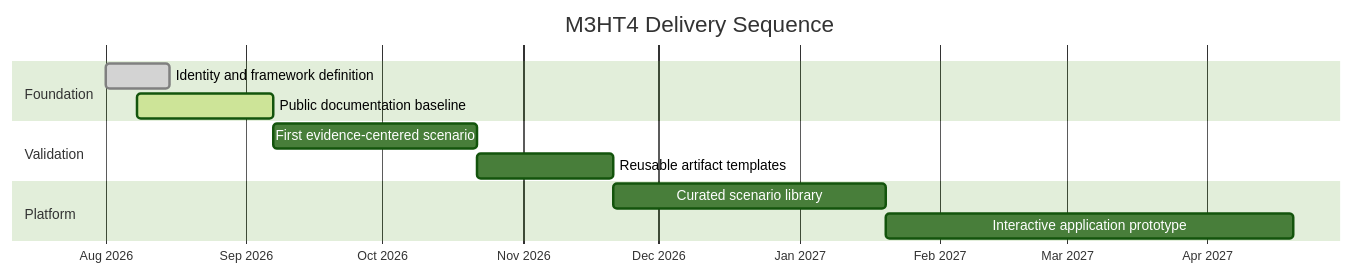
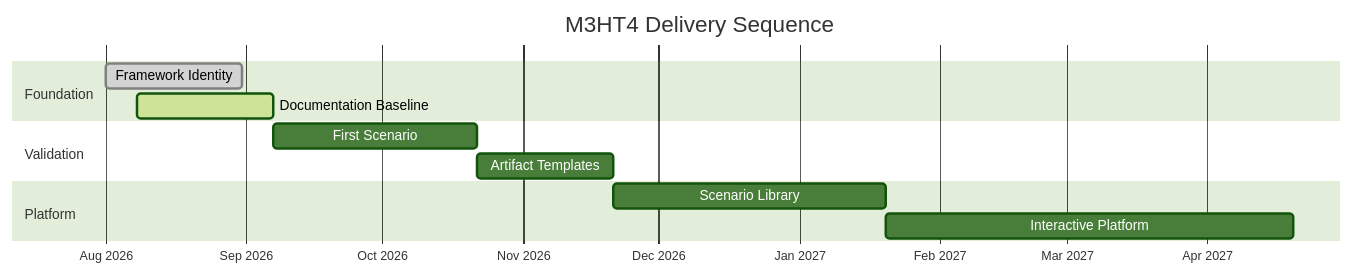
One commit to MehtaPar/M3HT4 changed the fourth of 5 diagrams in README.md. Above: the diagram before and after it, drawn with Mermaid (forest theme). The commit also changed other lines of this file, not shown here.

````diff
--- a/README.md
+++ b/README.md
@@ -193,18 +228,18 @@
 ```mermaid
 gantt
     title M3HT4 Delivery Sequence
     dateFormat  YYYY-MM-DD
     axisFormat  %b %Y
 
     section Foundation
-    Identity and framework definition    :done, f1, 2026-08-01, 14d
-    Public documentation baseline        :active, f2, 2026-08-08, 30d
+    Framework Identity                   :done, f1, 2026-08-01, 30d
+    Documentation Baseline               :active, f2, 2026-08-08, 30d
 
     section Validation
-    First evidence-centered scenario     :v1, after f2, 45d
-    Reusable artifact templates          :v2, after v1, 30d
+    First Scenario                       :v1, after f2, 45d
+    Artifact Templates                   :v2, after v1, 30d
 
     section Platform
-    Curated scenario library             :p1, after v2, 60d
-    Interactive application prototype    :p2, after p1, 90d
+    Scenario Library                     :p1, after v2, 60d
+    Interactive Platform                 :p2, after p1, 90d
 ```
````
